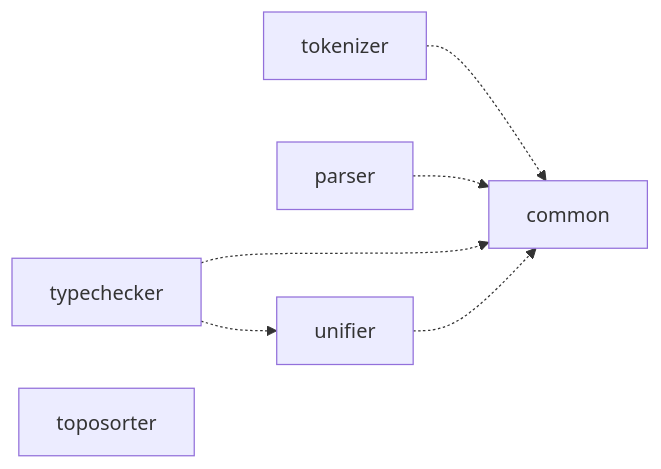
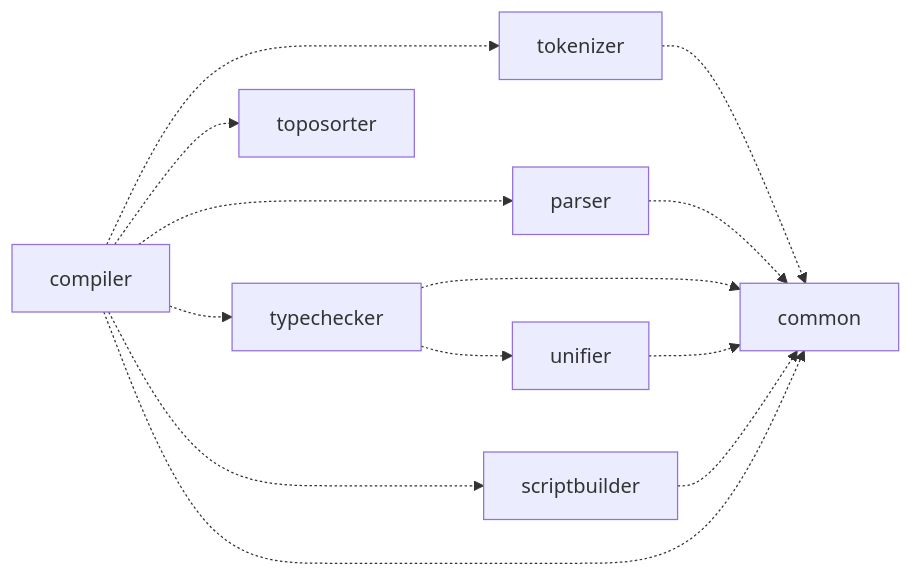
The diagram in CLAUDE.md (hoplang/hop), drawn with Mermaid before and after one commit. The commit also changed other lines of this file and 5 other files, not shown here.

````diff
--- a/CLAUDE.md
+++ b/CLAUDE.md
@@ -25,9 +26,16 @@
 ```mermaid
 graph LR
     tokenizer -.-> common
     parser -.-> common
     typechecker -.-> common
     unifier -.-> common
     typechecker -.-> unifier
     toposorter
+    scriptbuilder -.-> common
+    compiler -.-> common
+    compiler -.-> parser
+    compiler -.-> scriptbuilder
+    compiler -.-> tokenizer
+    compiler -.-> toposorter
+    compiler -.-> typechecker
 ```
````
